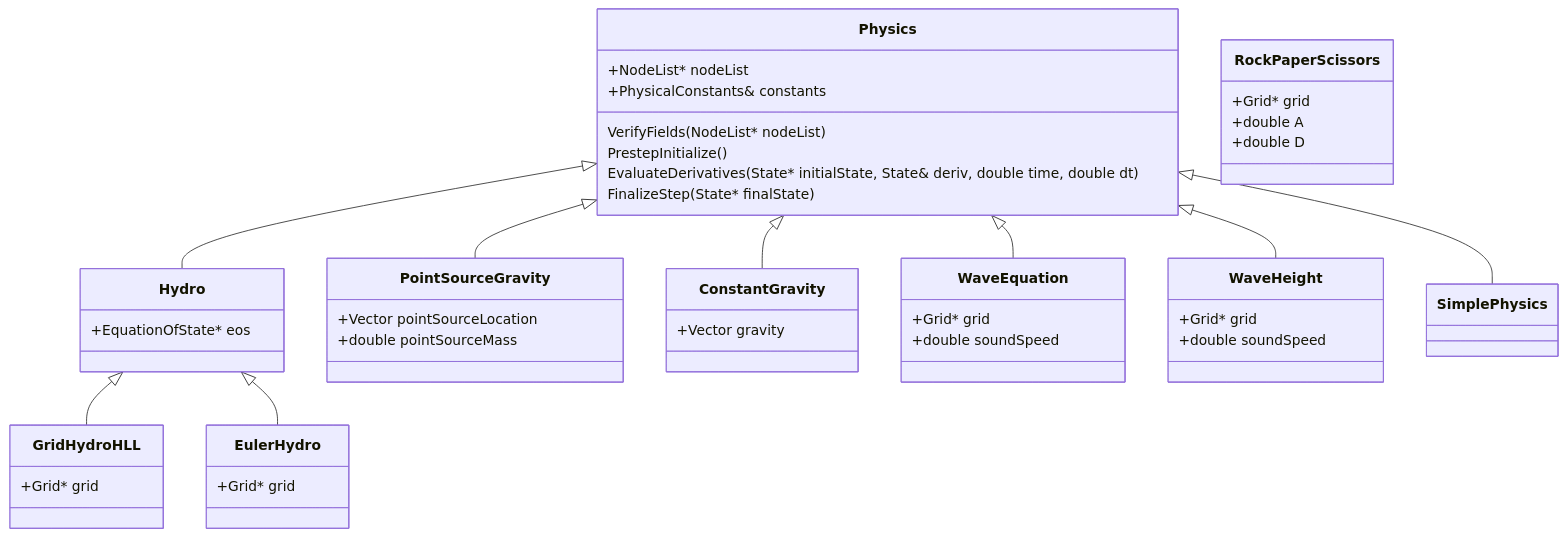
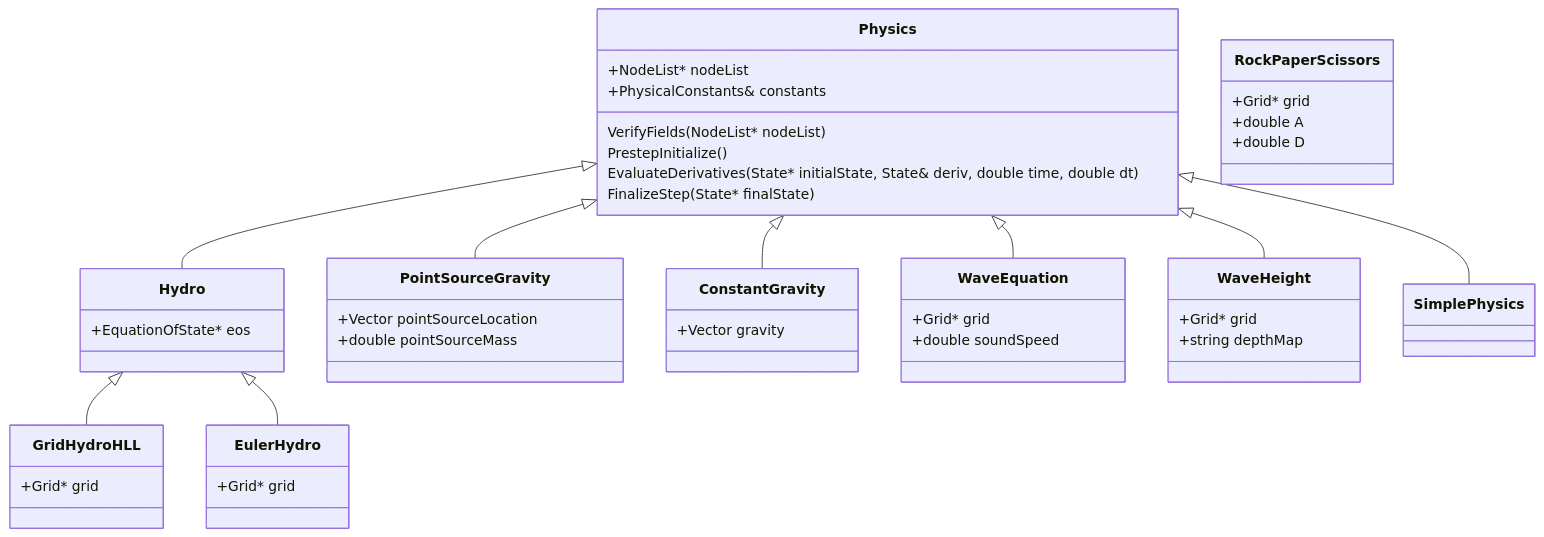
One commit to antimatterhorn/nidhoggr changed the diagram in src/Physics/Classes.md. Above: the diagram before and after it, drawn with Mermaid.

Commit message:
fixed physics classes diagram

````diff
--- a/src/Physics/Classes.md
+++ b/src/Physics/Classes.md
@@ -2,49 +2,49 @@
 ```mermaid
 classDiagram
     Physics <|-- Hydro
     Physics <|-- PointSourceGravity
     Physics <|-- ConstantGravity
     Physics <|-- WaveEquation
     Physics <|-- WaveHeight
     Physics : +NodeList* nodeList
     Physics : +PhysicalConstants& constants
     Physics : VerifyFields(NodeList* nodeList)
     Physics : PrestepInitialize()
     Physics : EvaluateDerivatives(State* initialState, State<dim>& deriv, double time, double dt)
     Physics : FinalizeStep(State* finalState)
     class PointSourceGravity{
         +Vector pointSourceLocation
         +double pointSourceMass
     }
     class ConstantGravity{
         +Vector gravity
     }
     class Hydro{
         +EquationOfState* eos
     }
     Physics <|-- SimplePhysics
     class SimplePhysics{
         
     }
     class WaveEquation{
         +Grid* grid
         +double soundSpeed
     }
     class WaveHeight{
         +Grid* grid
-        +double soundSpeed
+        +string depthMap
     }
     class RockPaperScissors{
         +Grid* grid
         +double A
         +double D
     }
     Hydro <| -- GridHydroHLL
     class GridHydroHLL{
         +Grid* grid
     }
     Hydro <| -- EulerHydro
     class EulerHydro{
         +Grid* grid
     }
 ```
````
